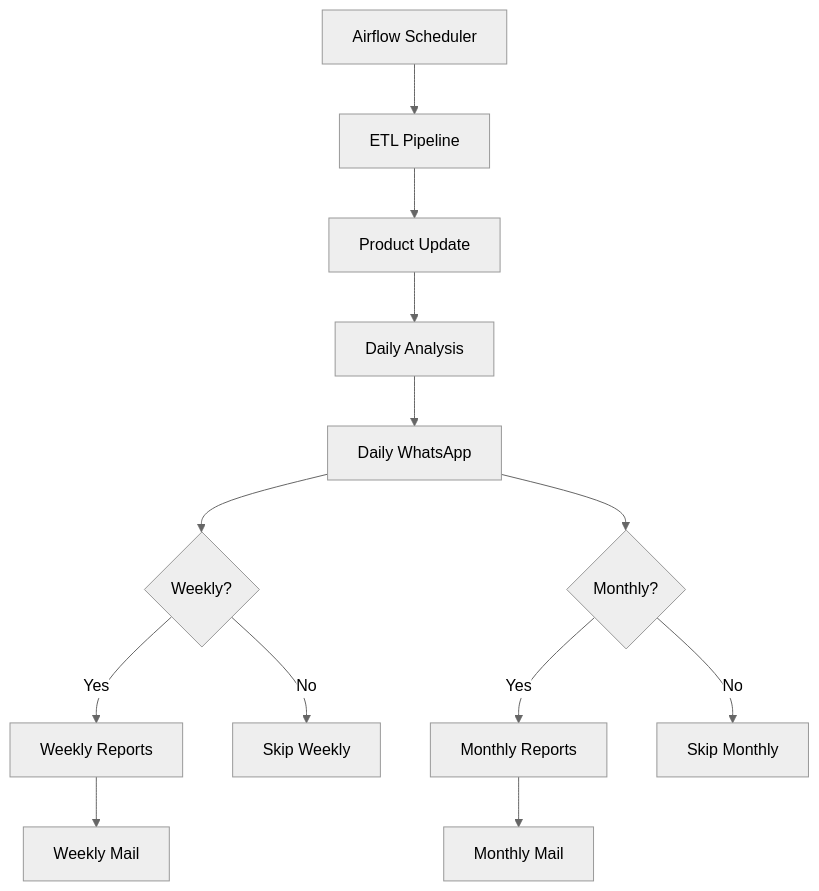
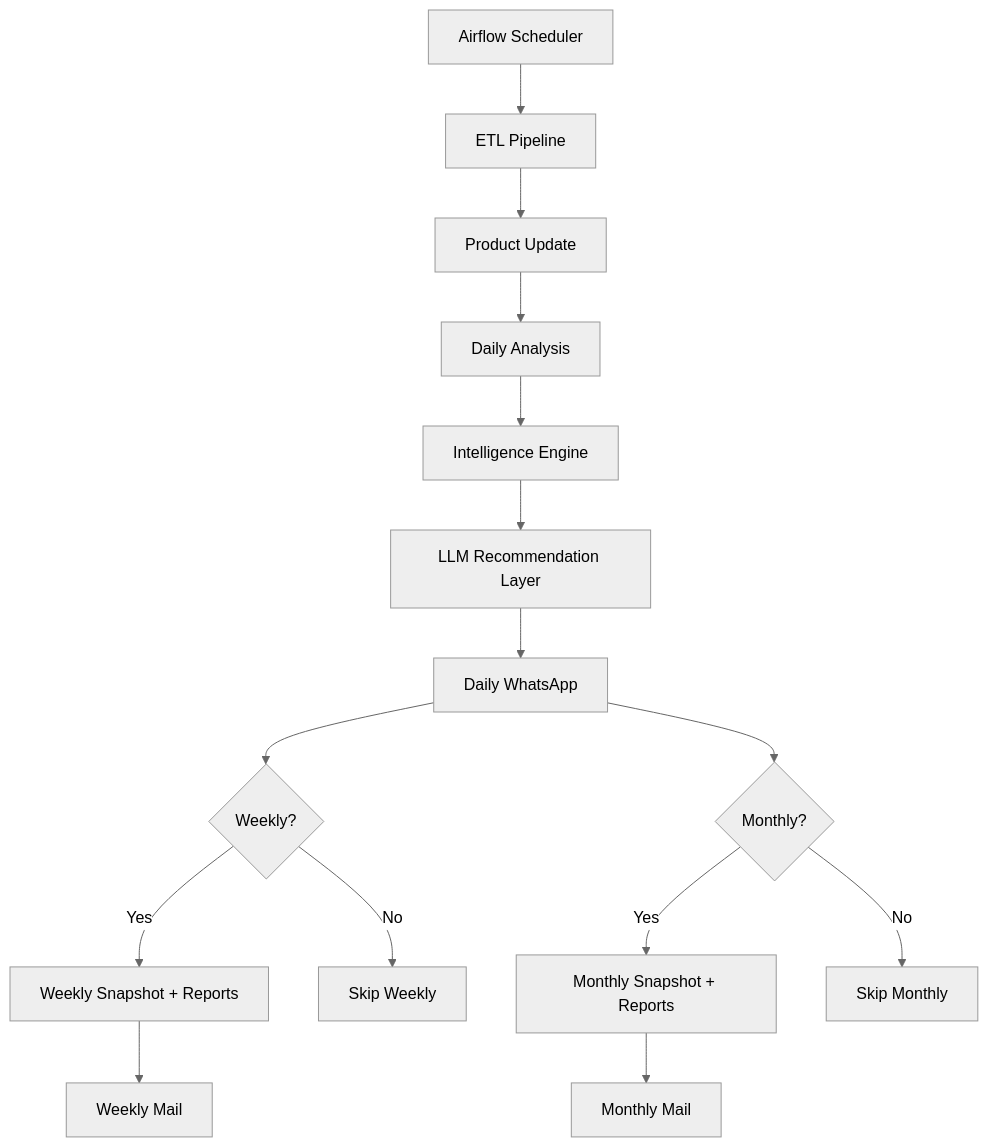
One commit to SominZex/sales_analysis_algorithm changed the diagram in readme.md. Above: the diagram before and after it, drawn with Mermaid (neutral theme). The commit also changed other lines of this file, not shown here.

````diff
--- a/readme.md
+++ b/readme.md
@@ -75,15 +94,17 @@
 ```mermaid
 flowchart TD
     A[Airflow Scheduler] --> B[ETL Pipeline]
     B --> C[Product Update]
     C --> D[Daily Analysis]
-    D --> E[Daily WhatsApp]
-    E --> F{Weekly?}
-    F -->|Yes| G[Weekly Reports]
-    G --> H[Weekly Mail]
-    F -->|No| I[Skip Weekly]
-    E --> J{Monthly?}
-    J -->|Yes| K[Monthly Reports]
-    K --> L[Monthly Mail]
-    J -->|No| M[Skip Monthly]
+    D --> E[Intelligence Engine]
+    E --> F[LLM Recommendation Layer]
+    F --> G[Daily WhatsApp]
+    G --> H{Weekly?}
+    H -->|Yes| I[Weekly Snapshot + Reports]
+    I --> J[Weekly Mail]
+    H -->|No| K[Skip Weekly]
+    G --> L{Monthly?}
+    L -->|Yes| M[Monthly Snapshot + Reports]
+    M --> N[Monthly Mail]
+    L -->|No| O[Skip Monthly]
 ```
````
